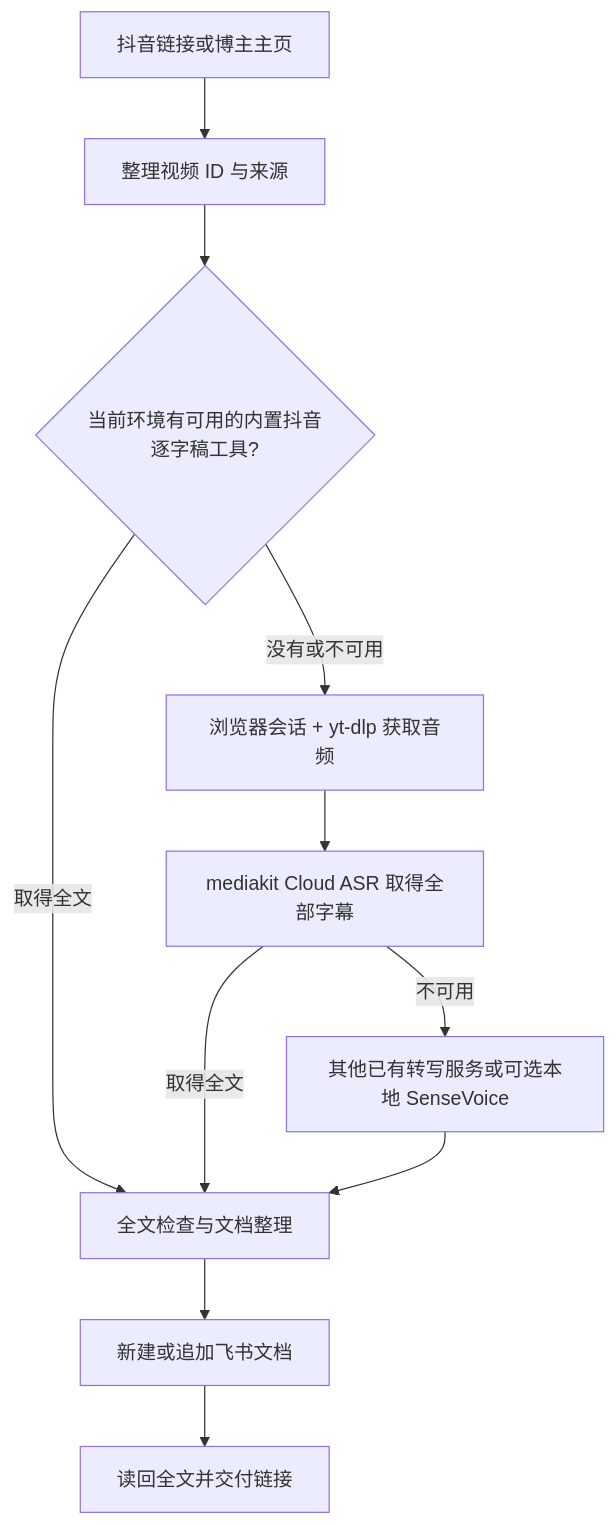
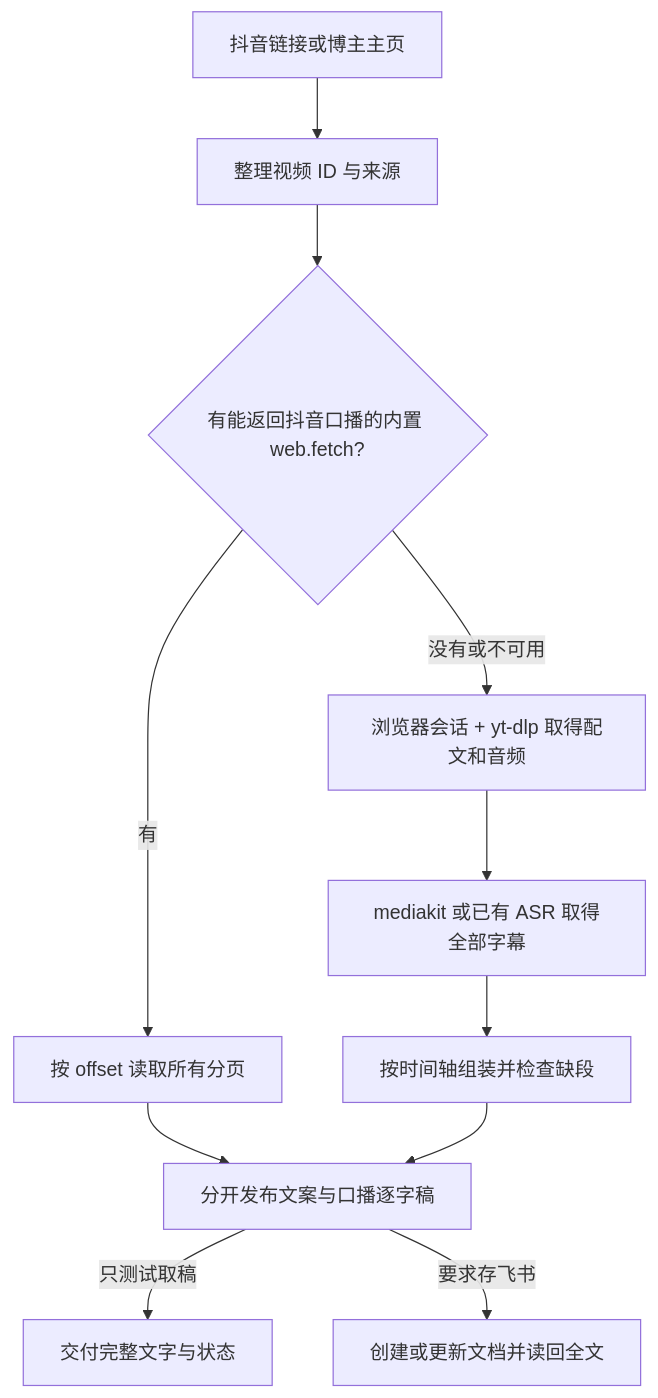
Before and after one commit to siuserxiaowei/xiaowei-douyin-to-feishu: the diagram in README.md, drawn with Mermaid. The commit also changed other lines of this file and 16 other files, not shown here.

Commit message:
Rework Douyin extraction around paginated fetch and ASR fallback

````diff
--- a/README.md
+++ b/README.md
@@ -111,13 +121,13 @@
 ```mermaid
 flowchart TD
     A[抖音链接或博主主页] --> B[整理视频 ID 与来源]
-    B --> C{当前环境有可用的内置抖音逐字稿工具?}
-    C -->|取得全文| G[全文检查与文档整理]
-    C -->|没有或不可用| D[浏览器会话 + yt-dlp 获取音频]
-    D --> E[mediakit Cloud ASR 取得全部字幕]
-    E -->|取得全文| G
-    E -->|不可用| F[其他已有转写服务或可选本地 SenseVoice]
-    F --> G
-    G --> H[新建或追加飞书文档]
-    H --> I[读回全文并交付链接]
+    B --> C{有能返回抖音口播的内置 web.fetch?}
+    C -->|有| D[按 offset 读取所有分页]
+    C -->|没有或不可用| E[浏览器会话 + yt-dlp 取得配文和音频]
+    E --> F[mediakit 或已有 ASR 取得全部字幕]
+    F --> G[按时间轴组装并检查缺段]
+    D --> H[分开发布文案与口播逐字稿]
+    G --> H
+    H -->|只测试取稿| I[交付完整文字与状态]
+    H -->|要求存飞书| J[创建或更新文档并读回全文]
 ```
````
